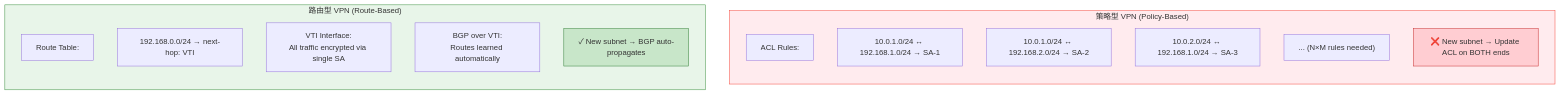
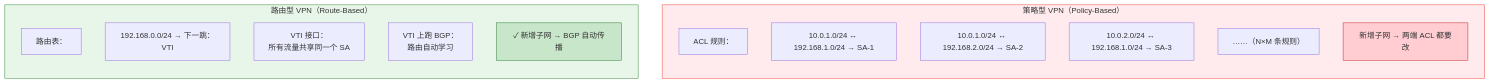
Before and after one commit to caozhiyi/network-book: the third of 4 diagrams in docs/20.用互联网打通云和IDC之VPN连接.md, drawn with Mermaid. The commit also changed other lines of this file and 36 other files, not shown here.

````diff
--- a/docs/20.用互联网打通云和IDC之VPN连接.md
+++ b/docs/20.用互联网打通云和IDC之VPN连接.md
@@ -208,26 +230,26 @@
 ```mermaid
 graph TB
-    subgraph policy["策略型 VPN (Policy-Based)"]
+    subgraph policy["策略型 VPN（Policy-Based）"]
         direction TB
-        P1["ACL Rules:"]
+        P1["ACL 规则："]
         P2["10.0.1.0/24 ↔ 192.168.1.0/24 → SA-1"]
         P3["10.0.1.0/24 ↔ 192.168.2.0/24 → SA-2"]
         P4["10.0.2.0/24 ↔ 192.168.1.0/24 → SA-3"]
-        P5["... (N×M rules needed)"]
-        P6["❌ New subnet → Update ACL on BOTH ends"]
+        P5["……（N×M 条规则）"]
+        P6["新增子网 → 两端 ACL 都要改"]
     end
 
-    subgraph route["路由型 VPN (Route-Based)"]
+    subgraph route["路由型 VPN（Route-Based）"]
         direction TB
-        R1["Route Table:"]
-        R2["192.168.0.0/24 → next-hop: VTI"]
-        R3["VTI Interface:<br/>All traffic encrypted via single SA"]
-        R4["BGP over VTI:<br/>Routes learned automatically"]
-        R5["✓ New subnet → BGP auto-propagates"]
+        R1["路由表："]
+        R2["192.168.0.0/24 → 下一跳：VTI"]
+        R3["VTI 接口：<br/>所有流量共享同一个 SA"]
+        R4["VTI 上跑 BGP：<br/>路由自动学习"]
+        R5["✓ 新增子网 → BGP 自动传播"]
     end
 
     style policy fill:#ffebee,stroke:#f44336
     style route fill:#e8f5e9,stroke:#388e3c
     style P6 fill:#ffcdd2,stroke:#c62828
     style R5 fill:#c8e6c9,stroke:#2e7d32
 ```
````
